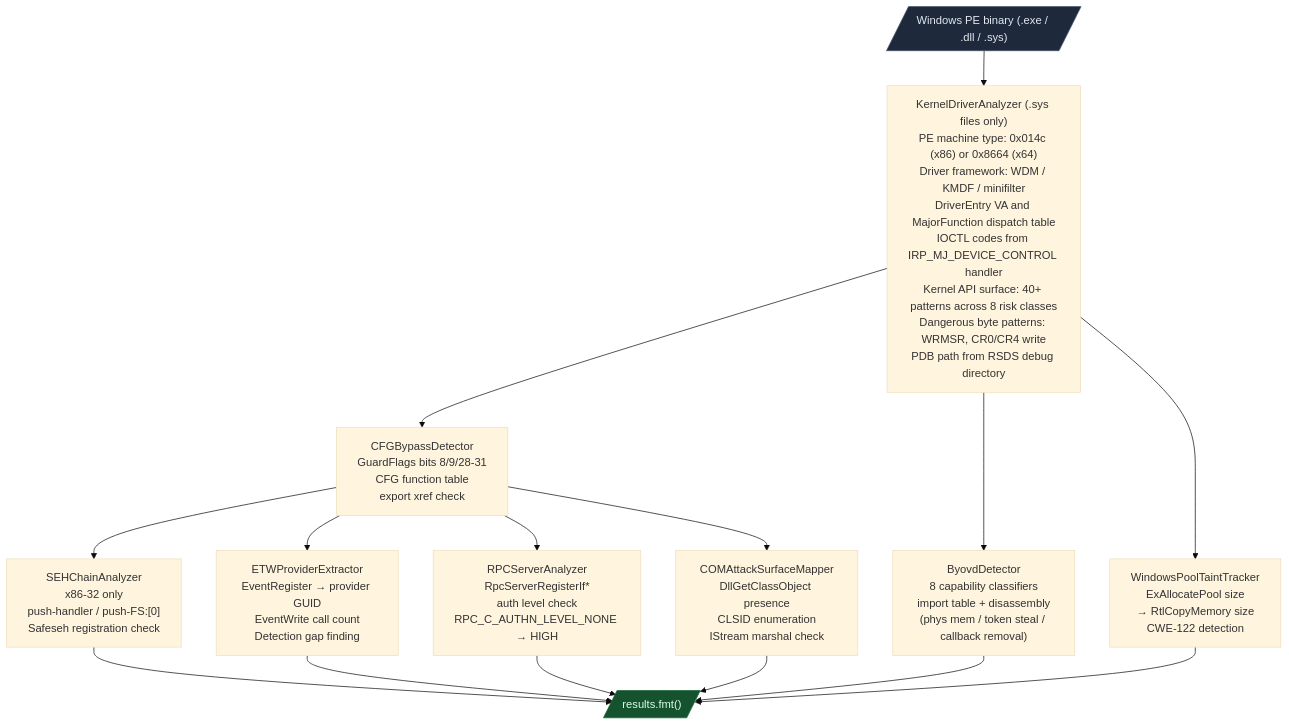
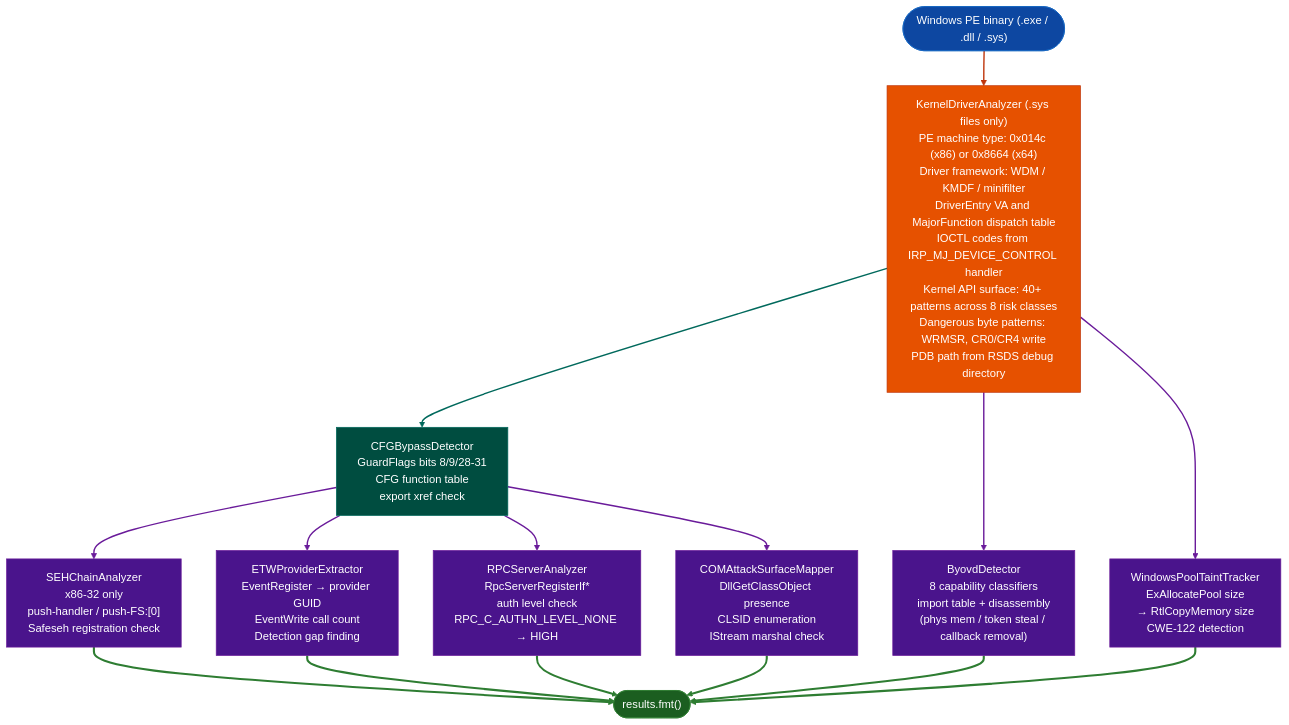
Before and after one commit to Ablation-Tool/ablation: the first of 3 diagrams in docs/reference-modules/windows-pe.md, drawn with Mermaid (base theme). The commit also changed other lines of this file and 320 other files, not shown here.

First line of the commit message:
docs: apply canonical Mermaid template to all 321 diagrams

````diff
--- a/docs/reference-modules/windows-pe.md
+++ b/docs/reference-modules/windows-pe.md
@@ -21,23 +21,40 @@
 ```mermaid
 flowchart TD
-    A[/"Windows PE binary (.exe / .dll / .sys)"/] --> B["KernelDriverAnalyzer (.sys files only)\nPE machine type: 0x014c (x86) or 0x8664 (x64)\nDriver framework: WDM / KMDF / minifilter\nDriverEntry VA and MajorFunction dispatch table\nIOCTL codes from IRP_MJ_DEVICE_CONTROL handler\nKernel API surface: 40+ patterns across 8 risk classes\nDangerous byte patterns: WRMSR, CR0/CR4 write\nPDB path from RSDS debug directory"]
+    A(["Windows PE binary (.exe / .dll / .sys)"]):::input --> B["KernelDriverAnalyzer (.sys files only)\nPE machine type: 0x014c (x86) or 0x8664 (x64)\nDriver framework: WDM / KMDF / minifilter\nDriverEntry VA and MajorFunction dispatch table\nIOCTL codes from IRP_MJ_DEVICE_CONTROL handler\nKernel API surface: 40+ patterns across 8 risk classes\nDangerous byte patterns: WRMSR, CR0/CR4 write\nPDB path from RSDS debug directory"]:::primary
 
-    B --> C["CFGBypassDetector\nGuardFlags bits 8/9/28-31\nCFG function table\nexport xref check"]
-    B --> D["ByovdDetector\n8 capability classifiers\nimport table + disassembly\n(phys mem / token steal / callback removal)"]
-    B --> E["WindowsPoolTaintTracker\nExAllocatePool size\n→ RtlCopyMemory size\nCWE-122 detection"]
+    B:::primary --> C["CFGBypassDetector\nGuardFlags bits 8/9/28-31\nCFG function table\nexport xref check"]:::secondary
+    B:::primary --> D["ByovdDetector\n8 capability classifiers\nimport table + disassembly\n(phys mem / token steal / callback removal)"]:::tertiary
+    B:::primary --> E["WindowsPoolTaintTracker\nExAllocatePool size\n→ RtlCopyMemory size\nCWE-122 detection"]:::tertiary
 
-    C --> F["SEHChainAnalyzer\nx86-32 only\npush-handler / push-FS:[0]\nSafeseh registration check"]
-    C --> G["ETWProviderExtractor\nEventRegister → provider GUID\nEventWrite call count\nDetection gap finding"]
-    C --> H["RPCServerAnalyzer\nRpcServerRegisterIf*\nauth level check\nRPC_C_AUTHN_LEVEL_NONE → HIGH"]
-    C --> I["COMAttackSurfaceMapper\nDllGetClassObject presence\nCLSID enumeration\nIStream marshal check"]
+    C:::secondary --> F["SEHChainAnalyzer\nx86-32 only\npush-handler / push-FS:[0]\nSafeseh registration check"]:::tertiary
+    C:::secondary --> G["ETWProviderExtractor\nEventRegister → provider GUID\nEventWrite call count\nDetection gap finding"]:::tertiary
+    C:::secondary --> H["RPCServerAnalyzer\nRpcServerRegisterIf*\nauth level check\nRPC_C_AUTHN_LEVEL_NONE → HIGH"]:::tertiary
+    C:::secondary --> I["COMAttackSurfaceMapper\nDllGetClassObject presence\nCLSID enumeration\nIStream marshal check"]:::tertiary
 
-    F --> J[/"results.fmt()"/]
-    G --> J
-    H --> J
-    I --> J
-    D --> J
-    E --> J
-
-    style A fill:#1e293b,stroke:#475569,color:#e2e8f0
-    style J fill:#14532d,stroke:#166534,color:#dcfce7
+    F:::tertiary --> J(["results.fmt()"]):::output
+    G:::tertiary --> J:::output
+    H:::tertiary --> J:::output
+    I:::tertiary --> J:::output
+    D:::tertiary --> J:::output
+    E:::tertiary --> J:::output
+    classDef input     fill:#0d47a1,stroke:#1565c0,color:#fff
+    classDef primary   fill:#e65100,stroke:#bf360c,color:#fff
+    classDef secondary fill:#004d40,stroke:#00695c,color:#fff
+    classDef tertiary  fill:#4a148c,stroke:#6a1b9a,color:#fff
+    classDef neutral   fill:#37474f,stroke:#546e7a,color:#fff
+    classDef output    fill:#1b5e20,stroke:#2e7d32,color:#fff
+    linkStyle 0 stroke:#bf360c,stroke-width:2px
+    linkStyle 1 stroke:#00695c,stroke-width:2px
+    linkStyle 2 stroke:#6a1b9a,stroke-width:2px
+    linkStyle 3 stroke:#6a1b9a,stroke-width:2px
+    linkStyle 4 stroke:#6a1b9a,stroke-width:2px
+    linkStyle 5 stroke:#6a1b9a,stroke-width:2px
+    linkStyle 6 stroke:#6a1b9a,stroke-width:2px
+    linkStyle 7 stroke:#6a1b9a,stroke-width:2px
+    linkStyle 8 stroke:#2e7d32,stroke-width:3px
+    linkStyle 9 stroke:#2e7d32,stroke-width:3px
+    linkStyle 10 stroke:#2e7d32,stroke-width:3px
+    linkStyle 11 stroke:#2e7d32,stroke-width:3px
+    linkStyle 12 stroke:#2e7d32,stroke-width:3px
+    linkStyle 13 stroke:#2e7d32,stroke-width:3px
 ```
````
